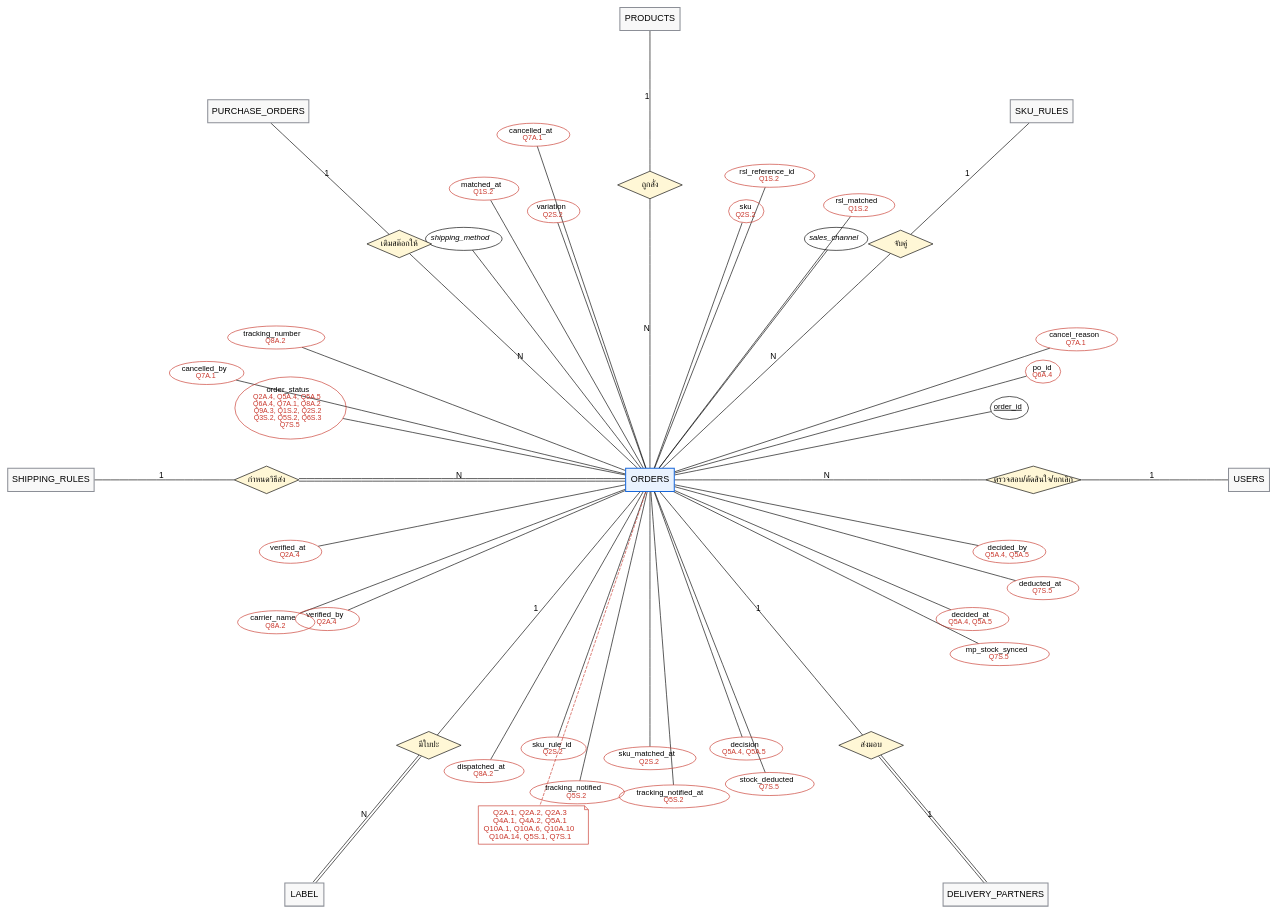
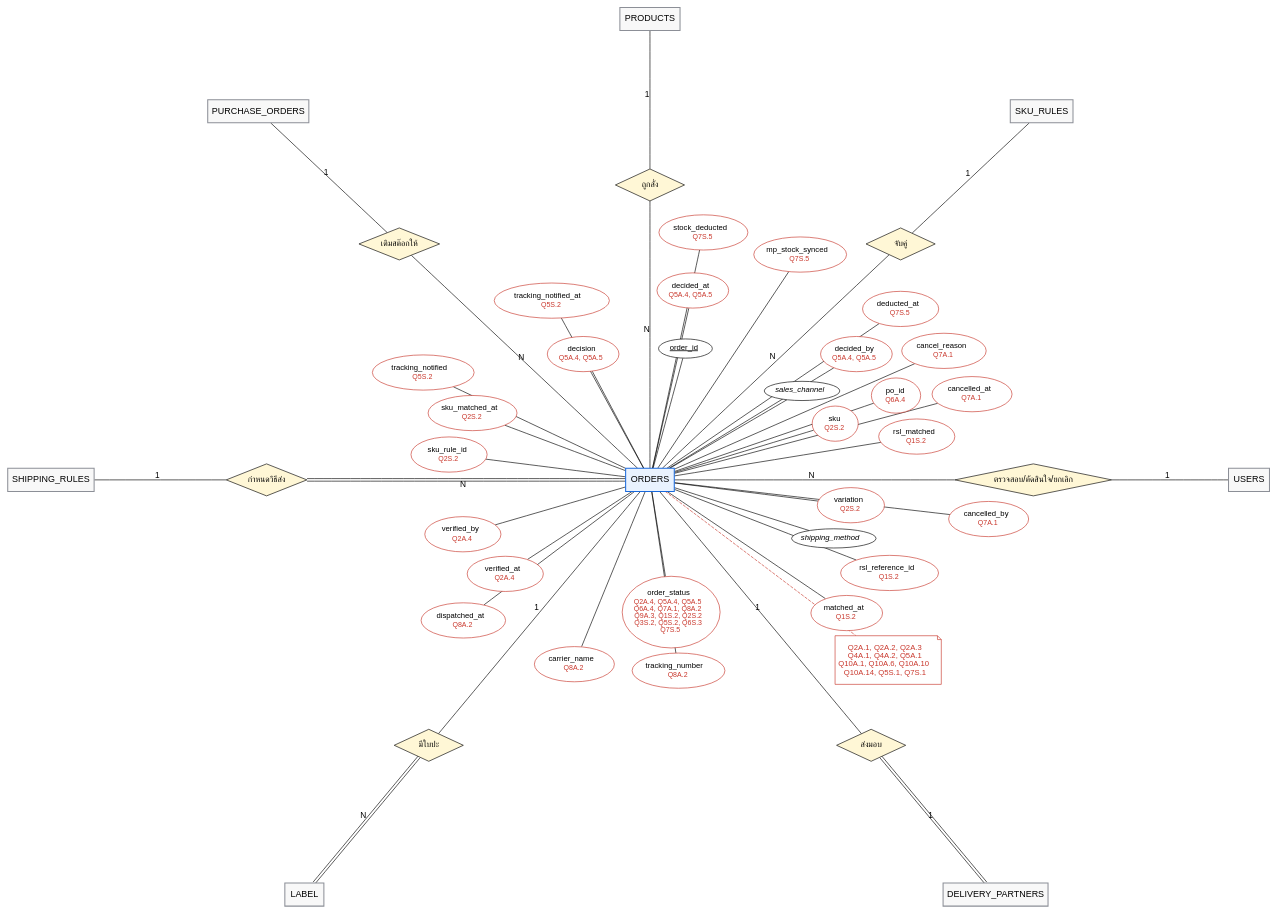
The diagram in 04-chapter2-diagrams-database/diagrams/src/er-query-1.dot (xbpkdi/321-sa-proj), drawn with Graphviz before and after one commit. The commit also changed 30 other files, not shown here.

Commit message:
docs: stop er attributes overlapping, split state and class diagrams

```diff
--- a/04-chapter2-diagrams-database/diagrams/src/er-query-1.dot
+++ b/04-chapter2-diagrams-database/diagrams/src/er-query-1.dot
@@ -1,91 +1,91 @@
 graph ER {
   layout=neato; overlap=true; splines=line; outputorder=edgesfirst;
   node [fontname="Helvetica", fontsize=14]; edge [fontname="Helvetica", fontsize=13];
+  "rel0" [pos="0.00,6.40!", shape=diamond, style=filled, fillcolor="#fff7d6", label="ถูกสั่ง", fontsize=13, fixedsize=true, width=1.50, height=0.7];
+  "products" -- "rel0" [label="1"];
+  "rel0" -- "orders" [label="N"];
+  "rel1" [pos="5.44,5.12!", shape=diamond, style=filled, fillcolor="#fff7d6", label="จับคู่", fontsize=13, fixedsize=true, width=1.50, height=0.7];
+  "sku_rules" -- "rel1" [label="1"];
+  "rel1" -- "orders" [label="N"];
+  "rel2" [pos="-5.44,5.12!", shape=diamond, style=filled, fillcolor="#fff7d6", label="เติมสต๊อกให้", fontsize=13, fixedsize=true, width=1.75, height=0.7];
+  "purchase_orders" -- "rel2" [label="1"];
+  "rel2" -- "orders" [label="N"];
+  "rel3" [pos="-8.32,0.00!", shape=diamond, style=filled, fillcolor="#fff7d6", label="กำหนดวิธีส่ง", fontsize=13, fixedsize=true, width=1.75, height=0.7];
+  "shipping_rules" -- "rel3" [label="1"];
+  "rel3" -- "orders" [label="N", color="black:invis:black"];
+  "rel4" [pos="8.32,0.00!", shape=diamond, style=filled, fillcolor="#fff7d6", label="ตรวจสอบ/ตัดสินใจ/ยกเลิก", fontsize=13, fixedsize=true, width=3.40, height=0.7];
+  "users" -- "rel4" [label="1"];
+  "rel4" -- "orders" [label="N"];
+  "rel5" [pos="-4.80,-5.76!", shape=diamond, style=filled, fillcolor="#fff7d6", label="มีใบปะ", fontsize=13, fixedsize=true, width=1.50, height=0.7];
+  "orders" -- "rel5" [label="1"];
+  "rel5" -- "label" [label="N", color="black:invis:black"];
+  "rel6" [pos="4.80,-5.76!", shape=diamond, style=filled, fillcolor="#fff7d6", label="ส่งมอบ", fontsize=13, fixedsize=true, width=1.50, height=0.7];
+  "orders" -- "rel6" [label="1"];
+  "rel6" -- "delivery_partners" [label="1", color="black:invis:black"];
   "users" [pos="13.00,0.00!", shape=box, style="filled", fillcolor="#f8f8f8", color="#8c8f97", penwidth=1.6, label="USERS"];
   "products" [pos="0.00,10.00!", shape=box, style="filled", fillcolor="#f8f8f8", color="#8c8f97", penwidth=1.6, label="PRODUCTS"];
   "sku_rules" [pos="8.50,8.00!", shape=box, style="filled", fillcolor="#f8f8f8", color="#8c8f97", penwidth=1.6, label="SKU_RULES"];
   "purchase_orders" [pos="-8.50,8.00!", shape=box, style="filled", fillcolor="#f8f8f8", color="#8c8f97", penwidth=1.6, label="PURCHASE_ORDERS"];
   "shipping_rules" [pos="-13.00,0.00!", shape=box, style="filled", fillcolor="#f8f8f8", color="#8c8f97", penwidth=1.6, label="SHIPPING_RULES"];
   "orders" [pos="0.00,0.00!", shape=box, style="filled", fillcolor="#e9f2fe", color="#1868db", penwidth=1.6, label="ORDERS"];
-  "orders.order_id" [pos="7.80,1.56!", shape=ellipse, label=<<u>order_id</u>>, fontsize=12, margin="0.04,0.02"];
+  "orders.order_id" [pos="0.77,2.85!", shape=ellipse, style=filled, fillcolor=white, label=<<u>order_id</u>>, fontsize=12, fixedsize=true, width=1.16, height=0.42];
   "orders" -- "orders.order_id";
-  "orders.sales_channel" [pos="4.04,5.23!", shape=ellipse, label=<<i>sales_channel</i>>, fontsize=12, margin="0.04,0.02"];
+  "orders.sales_channel" [pos="3.30,1.93!", shape=ellipse, style=filled, fillcolor=white, label=<<i>sales_channel</i>>, fontsize=12, fixedsize=true, width=1.64, height=0.42];
   "orders" -- "orders.sales_channel";
-  "orders.sku" [pos="2.09,5.83!", shape=ellipse, label=<sku<br/><font color="#c9372c" point-size="11">Q2S.2</font>>, fontsize=12, margin="0.04,0.02", color="#c9372c"];
+  "orders.sku" [pos="4.02,1.22!", shape=ellipse, style=filled, fillcolor=white, label=<sku<br/><font point-size="3"> </font><br/><font color="#c9372c" point-size="11">Q2S.2</font>>, fontsize=12, fixedsize=true, width=1.00, height=0.76, color="#c9372c"];
   "orders" -- "orders.sku";
-  "orders.variation" [pos="-2.09,5.83!", shape=ellipse, label=<variation<br/><font color="#c9372c" point-size="11">Q2S.2</font>>, fontsize=12, margin="0.04,0.02", color="#c9372c"];
+  "orders.variation" [pos="4.36,-0.55!", shape=ellipse, style=filled, fillcolor=white, label=<variation<br/><font point-size="3"> </font><br/><font color="#c9372c" point-size="11">Q2S.2</font>>, fontsize=12, fixedsize=true, width=1.46, height=0.76, color="#c9372c"];
   "orders" -- "orders.variation";
-  "orders.shipping_method" [pos="-4.04,5.23!", shape=ellipse, label=<<i>shipping_method</i>>, fontsize=12, margin="0.04,0.02"];
+  "orders.shipping_method" [pos="3.99,-1.27!", shape=ellipse, style=filled, fillcolor=white, label=<<i>shipping_method</i>>, fontsize=12, fixedsize=true, width=1.83, height=0.42];
   "orders" -- "orders.shipping_method";
-  "orders.order_status" [pos="-7.80,1.56!", shape=ellipse, label=<order_status<br/><font color="#c9372c" point-size="11">Q2A.4, Q5A.4, Q5A.5<br/>Q6A.4, Q7A.1, Q8A.2<br/>Q9A.3, Q1S.2, Q2S.2<br/>Q3S.2, Q5S.2, Q6S.3<br/>Q7S.5</font>>, fontsize=12, margin="0.04,0.02", color="#c9372c"];
+  "orders.order_status" [pos="0.46,-2.87!", shape=ellipse, style=filled, fillcolor=white, label=<order_status<br/><font point-size="3"> </font><br/><font color="#c9372c" point-size="11">Q2A.4, Q5A.4, Q5A.5<br/>Q6A.4, Q7A.1, Q8A.2<br/>Q9A.3, Q1S.2, Q2S.2<br/>Q3S.2, Q5S.2, Q6S.3<br/>Q7S.5</font>>, fontsize=12, fixedsize=true, width=2.12, height=1.56, color="#c9372c"];
   "orders" -- "orders.order_status";
-  "orders.verified_at" [pos="-7.80,-1.56!", shape=ellipse, label=<verified_at<br/><font color="#c9372c" point-size="11">Q2A.4</font>>, fontsize=12, margin="0.04,0.02", color="#c9372c"];
+  "orders.verified_at" [pos="-3.14,-2.04!", shape=ellipse, style=filled, fillcolor=white, label=<verified_at<br/><font point-size="3"> </font><br/><font color="#c9372c" point-size="11">Q2A.4</font>>, fontsize=12, fixedsize=true, width=1.65, height=0.76, color="#c9372c"];
   "orders" -- "orders.verified_at";
-  "orders.verified_by" [pos="-7.00,-3.02!", shape=ellipse, label=<verified_by<br/><font color="#c9372c" point-size="11">Q2A.4</font>>, fontsize=12, margin="0.04,0.02", color="#c9372c"];
+  "orders.verified_by" [pos="-4.06,-1.18!", shape=ellipse, style=filled, fillcolor=white, label=<verified_by<br/><font point-size="3"> </font><br/><font color="#c9372c" point-size="11">Q2A.4</font>>, fontsize=12, fixedsize=true, width=1.65, height=0.76, color="#c9372c"];
   "orders" -- "orders.verified_by";
-  "orders.sku_rule_id" [pos="-2.09,-5.83!", shape=ellipse, label=<sku_rule_id<br/><font color="#c9372c" point-size="11">Q2S.2</font>>, fontsize=12, margin="0.04,0.02", color="#c9372c"];
+  "orders.sku_rule_id" [pos="-4.36,0.55!", shape=ellipse, style=filled, fillcolor=white, label=<sku_rule_id<br/><font point-size="3"> </font><br/><font color="#c9372c" point-size="11">Q2S.2</font>>, fontsize=12, fixedsize=true, width=1.65, height=0.76, color="#c9372c"];
   "orders" -- "orders.sku_rule_id";
-  "orders.sku_matched_at" [pos="-0.00,-6.04!", shape=ellipse, label=<sku_matched_at<br/><font color="#c9372c" point-size="11">Q2S.2</font>>, fontsize=12, margin="0.04,0.02", color="#c9372c"];
+  "orders.sku_matched_at" [pos="-3.85,1.45!", shape=ellipse, style=filled, fillcolor=white, label=<sku_matched_at<br/><font point-size="3"> </font><br/><font color="#c9372c" point-size="11">Q2S.2</font>>, fontsize=12, fixedsize=true, width=1.93, height=0.76, color="#c9372c"];
   "orders" -- "orders.sku_matched_at";
-  "orders.decision" [pos="2.09,-5.83!", shape=ellipse, label=<decision<br/><font color="#c9372c" point-size="11">Q5A.4, Q5A.5</font>>, fontsize=12, margin="0.04,0.02", color="#c9372c"];
+  "orders.decision" [pos="-1.45,2.73!", shape=ellipse, style=filled, fillcolor=white, label=<decision<br/><font point-size="3"> </font><br/><font color="#c9372c" point-size="11">Q5A.4, Q5A.5</font>>, fontsize=12, fixedsize=true, width=1.56, height=0.76, color="#c9372c"];
   "orders" -- "orders.decision";
-  "orders.decided_at" [pos="7.00,-3.02!", shape=ellipse, label=<decided_at<br/><font color="#c9372c" point-size="11">Q5A.4, Q5A.5</font>>, fontsize=12, margin="0.04,0.02", color="#c9372c"];
+  "orders.decided_at" [pos="0.93,4.11!", shape=ellipse, style=filled, fillcolor=white, label=<decided_at<br/><font point-size="3"> </font><br/><font color="#c9372c" point-size="11">Q5A.4, Q5A.5</font>>, fontsize=12, fixedsize=true, width=1.56, height=0.76, color="#c9372c"];
   "orders" -- "orders.decided_at";
-  "orders.decided_by" [pos="7.80,-1.56!", shape=ellipse, label=<decided_by<br/><font color="#c9372c" point-size="11">Q5A.4, Q5A.5</font>>, fontsize=12, margin="0.04,0.02", color="#c9372c"];
+  "orders.decided_by" [pos="4.48,2.73!", shape=ellipse, style=filled, fillcolor=white, label=<decided_by<br/><font point-size="3"> </font><br/><font color="#c9372c" point-size="11">Q5A.4, Q5A.5</font>>, fontsize=12, fixedsize=true, width=1.56, height=0.76, color="#c9372c"];
   "orders" -- "orders.decided_by";
-  "orders.po_id" [pos="8.53,2.35!", shape=ellipse, label=<po_id<br/><font color="#c9372c" point-size="11">Q6A.4</font>>, fontsize=12, margin="0.04,0.02", color="#c9372c"];
+  "orders.po_id" [pos="5.34,1.83!", shape=ellipse, style=filled, fillcolor=white, label=<po_id<br/><font point-size="3"> </font><br/><font color="#c9372c" point-size="11">Q6A.4</font>>, fontsize=12, fixedsize=true, width=1.07, height=0.76, color="#c9372c"];
   "orders" -- "orders.po_id";
-  "orders.rsl_matched" [pos="4.54,5.96!", shape=ellipse, label=<rsl_matched<br/><font color="#c9372c" point-size="11">Q1S.2</font>>, fontsize=12, margin="0.04,0.02", color="#c9372c"];
+  "orders.rsl_matched" [pos="5.79,0.94!", shape=ellipse, style=filled, fillcolor=white, label=<rsl_matched<br/><font point-size="3"> </font><br/><font color="#c9372c" point-size="11">Q1S.2</font>>, fontsize=12, fixedsize=true, width=1.65, height=0.76, color="#c9372c"];
   "orders" -- "orders.rsl_matched";
-  "orders.rsl_reference_id" [pos="2.60,6.60!", shape=ellipse, label=<rsl_reference_id<br/><font color="#c9372c" point-size="11">Q1S.2</font>>, fontsize=12, margin="0.04,0.02", color="#c9372c"];
+  "orders.rsl_reference_id" [pos="5.20,-2.02!", shape=ellipse, style=filled, fillcolor=white, label=<rsl_reference_id<br/><font point-size="3"> </font><br/><font color="#c9372c" point-size="11">Q1S.2</font>>, fontsize=12, fixedsize=true, width=2.12, height=0.76, color="#c9372c"];
   "orders" -- "orders.rsl_reference_id";
-  "orders.matched_at" [pos="-3.60,6.32!", shape=ellipse, label=<matched_at<br/><font color="#c9372c" point-size="11">Q1S.2</font>>, fontsize=12, margin="0.04,0.02", color="#c9372c"];
+  "orders.matched_at" [pos="4.27,-2.89!", shape=ellipse, style=filled, fillcolor=white, label=<matched_at<br/><font point-size="3"> </font><br/><font color="#c9372c" point-size="11">Q1S.2</font>>, fontsize=12, fixedsize=true, width=1.55, height=0.76, color="#c9372c"];
   "orders" -- "orders.matched_at";
-  "orders.tracking_number" [pos="-8.11,3.09!", shape=ellipse, label=<tracking_number<br/><font color="#c9372c" point-size="11">Q8A.2</font>>, fontsize=12, margin="0.04,0.02", color="#c9372c"];
+  "orders.tracking_number" [pos="0.62,-4.14!", shape=ellipse, style=filled, fillcolor=white, label=<tracking_number<br/><font point-size="3"> </font><br/><font color="#c9372c" point-size="11">Q8A.2</font>>, fontsize=12, fixedsize=true, width=2.02, height=0.76, color="#c9372c"];
   "orders" -- "orders.tracking_number";
-  "orders.carrier_name" [pos="-8.11,-3.09!", shape=ellipse, label=<carrier_name<br/><font color="#c9372c" point-size="11">Q8A.2</font>>, fontsize=12, margin="0.04,0.02", color="#c9372c"];
+  "orders.carrier_name" [pos="-1.64,-4.00!", shape=ellipse, style=filled, fillcolor=white, label=<carrier_name<br/><font point-size="3"> </font><br/><font color="#c9372c" point-size="11">Q8A.2</font>>, fontsize=12, fixedsize=true, width=1.74, height=0.76, color="#c9372c"];
   "orders" -- "orders.carrier_name";
-  "orders.dispatched_at" [pos="-3.60,-6.32!", shape=ellipse, label=<dispatched_at<br/><font color="#c9372c" point-size="11">Q8A.2</font>>, fontsize=12, margin="0.04,0.02", color="#c9372c"];
+  "orders.dispatched_at" [pos="-4.05,-3.05!", shape=ellipse, style=filled, fillcolor=white, label=<dispatched_at<br/><font point-size="3"> </font><br/><font color="#c9372c" point-size="11">Q8A.2</font>>, fontsize=12, fixedsize=true, width=1.83, height=0.76, color="#c9372c"];
   "orders" -- "orders.dispatched_at";
-  "orders.tracking_notified" [pos="-1.58,-6.78!", shape=ellipse, label=<tracking_notified<br/><font color="#c9372c" point-size="11">Q5S.2</font>>, fontsize=12, margin="0.04,0.02", color="#c9372c"];
+  "orders.tracking_notified" [pos="-4.92,2.33!", shape=ellipse, style=filled, fillcolor=white, label=<tracking_notified<br/><font point-size="3"> </font><br/><font color="#c9372c" point-size="11">Q5S.2</font>>, fontsize=12, fixedsize=true, width=2.21, height=0.76, color="#c9372c"];
   "orders" -- "orders.tracking_notified";
-  "orders.tracking_notified_at" [pos="0.53,-6.87!", shape=ellipse, label=<tracking_notified_at<br/><font color="#c9372c" point-size="11">Q5S.2</font>>, fontsize=12, margin="0.04,0.02", color="#c9372c"];
+  "orders.tracking_notified_at" [pos="-2.13,3.89!", shape=ellipse, style=filled, fillcolor=white, label=<tracking_notified_at<br/><font point-size="3"> </font><br/><font color="#c9372c" point-size="11">Q5S.2</font>>, fontsize=12, fixedsize=true, width=2.50, height=0.76, color="#c9372c"];
   "orders" -- "orders.tracking_notified_at";
-  "orders.stock_deducted" [pos="2.60,-6.60!", shape=ellipse, label=<stock_deducted<br/><font color="#c9372c" point-size="11">Q7S.5</font>>, fontsize=12, margin="0.04,0.02", color="#c9372c"];
+  "orders.stock_deducted" [pos="1.16,5.37!", shape=ellipse, style=filled, fillcolor=white, label=<stock_deducted<br/><font point-size="3"> </font><br/><font color="#c9372c" point-size="11">Q7S.5</font>>, fontsize=12, fixedsize=true, width=1.93, height=0.76, color="#c9372c"];
   "orders" -- "orders.stock_deducted";
-  "orders.mp_stock_synced" [pos="7.59,-3.78!", shape=ellipse, label=<mp_stock_synced<br/><font color="#c9372c" point-size="11">Q7S.5</font>>, fontsize=12, margin="0.04,0.02", color="#c9372c"];
+  "orders.mp_stock_synced" [pos="3.26,4.89!", shape=ellipse, style=filled, fillcolor=white, label=<mp_stock_synced<br/><font point-size="3"> </font><br/><font color="#c9372c" point-size="11">Q7S.5</font>>, fontsize=12, fixedsize=true, width=2.02, height=0.76, color="#c9372c"];
   "orders" -- "orders.mp_stock_synced";
-  "orders.deducted_at" [pos="8.53,-2.35!", shape=ellipse, label=<deducted_at<br/><font color="#c9372c" point-size="11">Q7S.5</font>>, fontsize=12, margin="0.04,0.02", color="#c9372c"];
+  "orders.deducted_at" [pos="5.44,3.71!", shape=ellipse, style=filled, fillcolor=white, label=<deducted_at<br/><font point-size="3"> </font><br/><font color="#c9372c" point-size="11">Q7S.5</font>>, fontsize=12, fixedsize=true, width=1.65, height=0.76, color="#c9372c"];
   "orders" -- "orders.deducted_at";
-  "orders.cancel_reason" [pos="9.26,3.05!", shape=ellipse, label=<cancel_reason<br/><font color="#c9372c" point-size="11">Q7A.1</font>>, fontsize=12, margin="0.04,0.02", color="#c9372c"];
+  "orders.cancel_reason" [pos="6.38,2.80!", shape=ellipse, style=filled, fillcolor=white, label=<cancel_reason<br/><font point-size="3"> </font><br/><font color="#c9372c" point-size="11">Q7A.1</font>>, fontsize=12, fixedsize=true, width=1.83, height=0.76, color="#c9372c"];
   "orders" -- "orders.cancel_reason";
-  "orders.cancelled_at" [pos="-2.53,7.49!", shape=ellipse, label=<cancelled_at<br/><font color="#c9372c" point-size="11">Q7A.1</font>>, fontsize=12, margin="0.04,0.02", color="#c9372c"];
+  "orders.cancelled_at" [pos="6.99,1.86!", shape=ellipse, style=filled, fillcolor=white, label=<cancelled_at<br/><font point-size="3"> </font><br/><font color="#c9372c" point-size="11">Q7A.1</font>>, fontsize=12, fixedsize=true, width=1.74, height=0.76, color="#c9372c"];
   "orders" -- "orders.cancelled_at";
-  "orders.cancelled_by" [pos="-9.62,2.32!", shape=ellipse, label=<cancelled_by<br/><font color="#c9372c" point-size="11">Q7A.1</font>>, fontsize=12, margin="0.04,0.02", color="#c9372c"];
+  "orders.cancelled_by" [pos="7.35,-0.85!", shape=ellipse, style=filled, fillcolor=white, label=<cancelled_by<br/><font point-size="3"> </font><br/><font color="#c9372c" point-size="11">Q7A.1</font>>, fontsize=12, fixedsize=true, width=1.74, height=0.76, color="#c9372c"];
   "orders" -- "orders.cancelled_by";
-  "orders.__q" [pos="-2.53,-7.49!", shape=note, color="#c9372c", fontcolor="#c9372c", fontsize=12, label=<Q2A.1, Q2A.2, Q2A.3<br/>Q4A.1, Q4A.2, Q5A.1<br/>Q10A.1, Q10A.6, Q10A.10<br/>Q10A.14, Q5S.1, Q7S.1>];
+  "orders.__q" [pos="5.17,-3.91!", shape=note, color="#c9372c", fontcolor="#c9372c", fontsize=12, fixedsize=true, width=2.31, height=1.05, style=filled, fillcolor=white, label=<Q2A.1, Q2A.2, Q2A.3<br/>Q4A.1, Q4A.2, Q5A.1<br/>Q10A.1, Q10A.6, Q10A.10<br/>Q10A.14, Q5S.1, Q7S.1>];
   "orders" -- "orders.__q" [style=dashed, color="#c9372c"];
   "label" [pos="-7.50,-9.00!", shape=box, style="filled", fillcolor="#f8f8f8", color="#8c8f97", penwidth=1.6, label="LABEL"];
   "delivery_partners" [pos="7.50,-9.00!", shape=box, style="filled", fillcolor="#f8f8f8", color="#8c8f97", penwidth=1.6, label="DELIVERY_PARTNERS"];
-  "rel0" [pos="0.00,6.40!", shape=diamond, style=filled, fillcolor="#fff7d6", label="ถูกสั่ง", fontsize=13, fixedsize=true, width=1.40, height=0.6];
-  "products" -- "rel0" [label="1"];
-  "rel0" -- "orders" [label="N"];
-  "rel1" [pos="5.44,5.12!", shape=diamond, style=filled, fillcolor="#fff7d6", label="จับคู่", fontsize=13, fixedsize=true, width=1.40, height=0.6];
-  "sku_rules" -- "rel1" [label="1"];
-  "rel1" -- "orders" [label="N"];
-  "rel2" [pos="-5.44,5.12!", shape=diamond, style=filled, fillcolor="#fff7d6", label="เติมสต๊อกให้", fontsize=13, fixedsize=true, width=1.40, height=0.6];
-  "purchase_orders" -- "rel2" [label="1"];
-  "rel2" -- "orders" [label="N"];
-  "rel3" [pos="-8.32,0.00!", shape=diamond, style=filled, fillcolor="#fff7d6", label="กำหนดวิธีส่ง", fontsize=13, fixedsize=true, width=1.40, height=0.6];
-  "shipping_rules" -- "rel3" [label="1"];
-  "rel3" -- "orders" [label="N", color="black:invis:black"];
-  "rel4" [pos="8.32,0.00!", shape=diamond, style=filled, fillcolor="#fff7d6", label="ตรวจสอบ/ตัดสินใจ/ยกเลิก", fontsize=13, fixedsize=true, width=2.07, height=0.6];
-  "users" -- "rel4" [label="1"];
-  "rel4" -- "orders" [label="N"];
-  "rel5" [pos="-4.80,-5.76!", shape=diamond, style=filled, fillcolor="#fff7d6", label="มีใบปะ", fontsize=13, fixedsize=true, width=1.40, height=0.6];
-  "orders" -- "rel5" [label="1"];
-  "rel5" -- "label" [label="N", color="black:invis:black"];
-  "rel6" [pos="4.80,-5.76!", shape=diamond, style=filled, fillcolor="#fff7d6", label="ส่งมอบ", fontsize=13, fixedsize=true, width=1.40, height=0.6];
-  "orders" -- "rel6" [label="1"];
-  "rel6" -- "delivery_partners" [label="1", color="black:invis:black"];
 }
```
